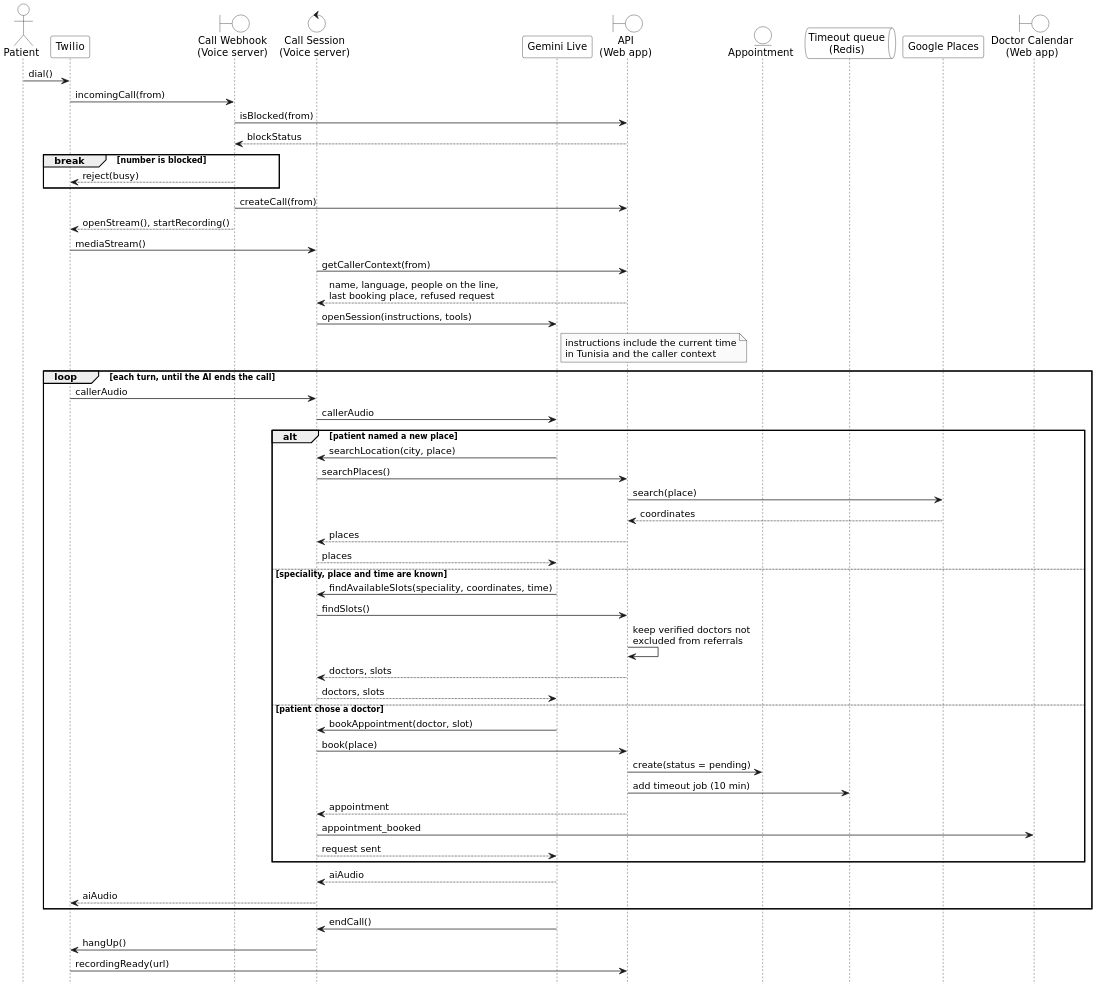
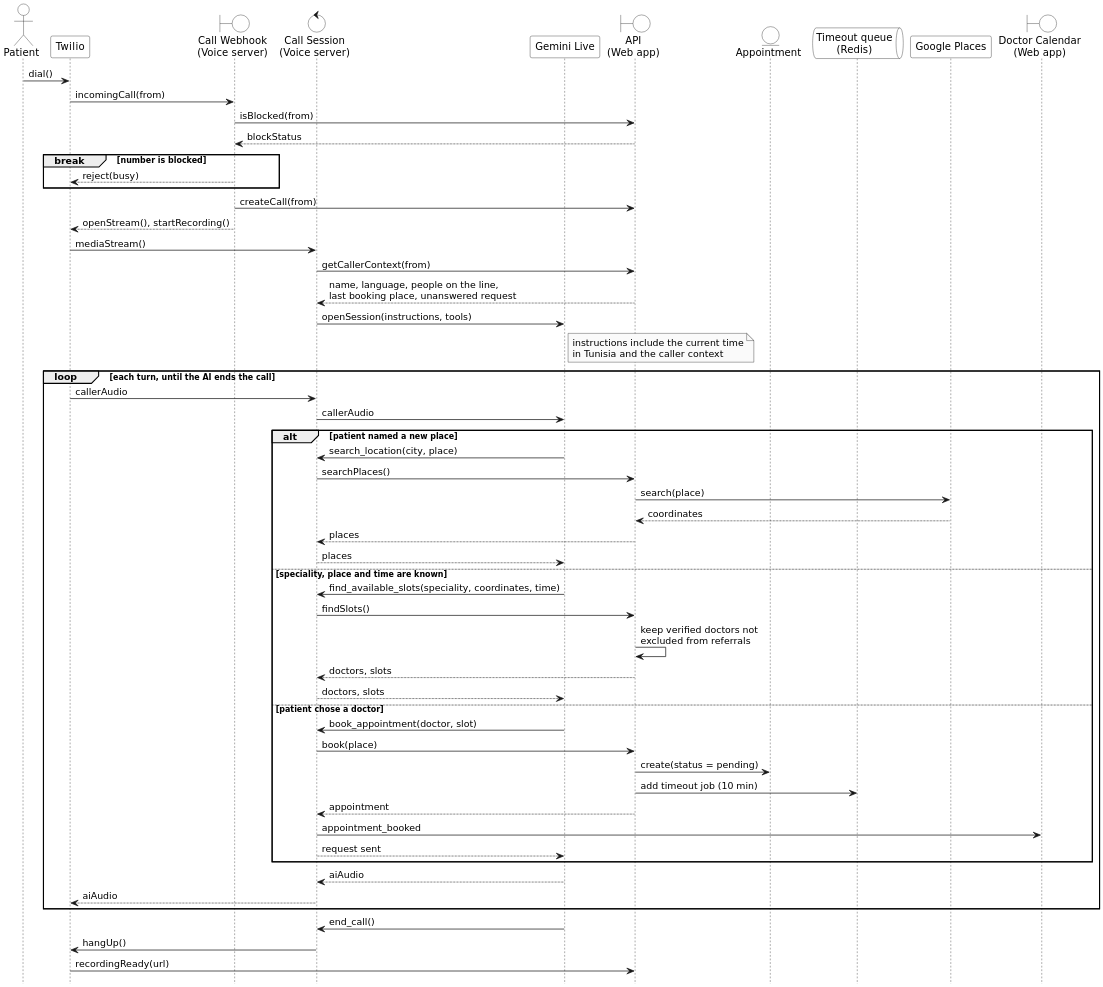
Before and after one commit to AtriOmar/riaya-report: the diagram in images/diagrams/src/sequence_call_flow.puml, drawn with PlantUML. The commit also changed 3 other files, not shown here.

```diff
--- a/images/diagrams/src/sequence_call_flow.puml
+++ b/images/diagrams/src/sequence_call_flow.puml
@@ -1,74 +1,74 @@
 @startuml sequence_call_flow
 skinparam dpi 192
 skinparam monochrome true
 skinparam shadowing false
 skinparam defaultFontName "DejaVu Sans"
 skinparam ParticipantBackgroundColor white
 skinparam ActorBackgroundColor white
 skinparam BoundaryBackgroundColor white
 skinparam ControlBackgroundColor white
 skinparam EntityBackgroundColor white
 skinparam QueueBackgroundColor white
 skinparam SequenceGroupHeaderBackgroundColor white
 hide footbox
 
 actor "Patient" as P
 participant "Twilio" as T
 boundary "Call Webhook\n(Voice server)" as H
 control "Call Session\n(Voice server)" as S
 participant "Gemini Live" as G
 boundary "API\n(Web app)" as A
 entity "Appointment" as E
 queue "Timeout queue\n(Redis)" as Q
 participant "Google Places" as GP
 boundary "Doctor Calendar\n(Web app)" as C
 
 P -> T : dial()
 T -> H : incomingCall(from)
 H -> A : isBlocked(from)
 A --> H : blockStatus
 break number is blocked
   H --> T : reject(busy)
 end
 H -> A : createCall(from)
 H --> T : openStream(), startRecording()
 T -> S : mediaStream()
 S -> A : getCallerContext(from)
-A --> S : name, language, people on the line,\nlast booking place, refused request
+A --> S : name, language, people on the line,\nlast booking place, unanswered request
 S -> G : openSession(instructions, tools)
 note right of G
   instructions include the current time
   in Tunisia and the caller context
 end note
 loop each turn, until the AI ends the call
   T -> S : callerAudio
   S -> G : callerAudio
   alt patient named a new place
-    G -> S : searchLocation(city, place)
+    G -> S : search_location(city, place)
     S -> A : searchPlaces()
     A -> GP : search(place)
     GP --> A : coordinates
     A --> S : places
     S --> G : places
   else speciality, place and time are known
-    G -> S : findAvailableSlots(speciality, coordinates, time)
+    G -> S : find_available_slots(speciality, coordinates, time)
     S -> A : findSlots()
     A -> A : keep verified doctors not\nexcluded from referrals
     A --> S : doctors, slots
     S --> G : doctors, slots
   else patient chose a doctor
-    G -> S : bookAppointment(doctor, slot)
+    G -> S : book_appointment(doctor, slot)
     S -> A : book(place)
     A -> E : create(status = pending)
     A -> Q : add timeout job (10 min)
     A --> S : appointment
     S -> C : appointment_booked
     S --> G : request sent
   end
   G --> S : aiAudio
   S --> T : aiAudio
 end
-G -> S : endCall()
+G -> S : end_call()
 S -> T : hangUp()
 T -> A : recordingReady(url)
 @enduml
```
